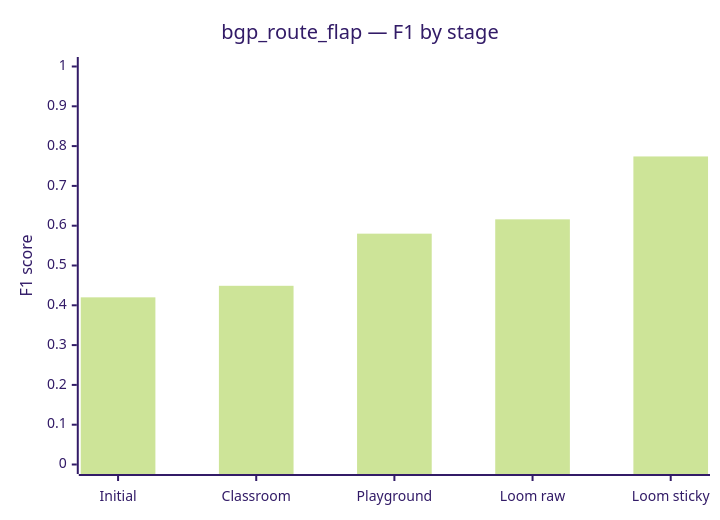
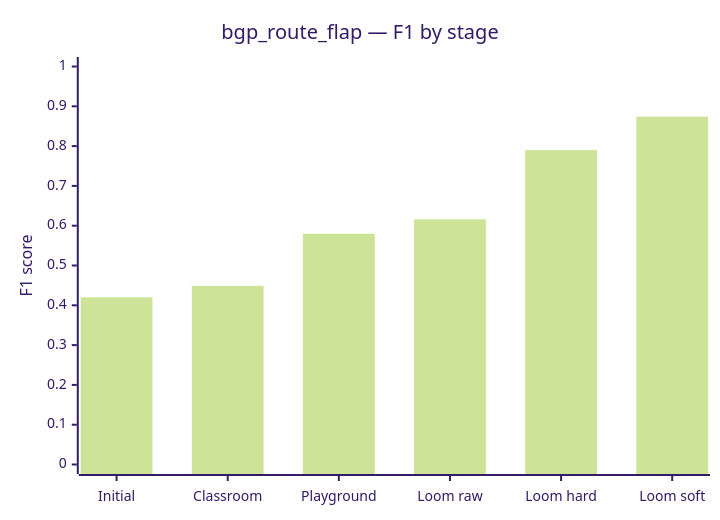
One commit to sahilshaik13/deca-isro changed the fourth of 5 diagrams in docs/DECA_TEST_SCORES.md. Above: the diagram before and after it, drawn with Mermaid (forest theme). The commit also changed other lines of this file and 11 other files, not shown here.

````diff
--- a/docs/DECA_TEST_SCORES.md
+++ b/docs/DECA_TEST_SCORES.md
@@ -261,7 +338,7 @@
 ```mermaid
 xychart-beta
     title "bgp_route_flap — F1 by stage"
-    x-axis [Initial, Classroom, Playground, "Loom raw", "Loom sticky"]
+    x-axis [Initial, Classroom, Playground, "Loom raw", "Loom hard", "Loom soft"]
     y-axis "F1 score" 0 --> 1
-    bar [0.42, 0.449, 0.58, 0.616, 0.774]
+    bar [0.42, 0.449, 0.58, 0.616, 0.790, 0.874]
 ```
````
